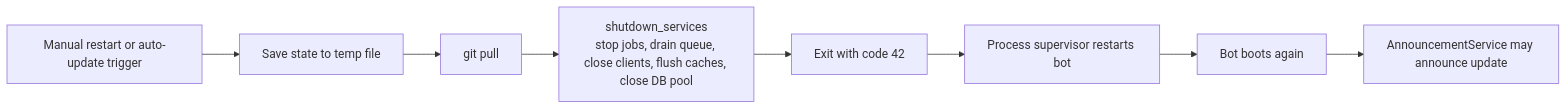
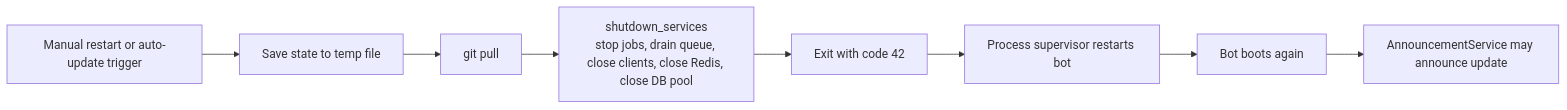
The diagram in docs/auto-update.md (jobeus/cmwgpt), drawn with Mermaid before and after one commit. The commit also changed other lines of this file and 37 other files, not shown here.

First line of the commit message:
feat(storage): keep user memory and content caches in Redis

````diff
--- a/docs/auto-update.md
+++ b/docs/auto-update.md
@@ -30,10 +30,10 @@
 ```mermaid
 flowchart LR
     Trigger[Manual restart or auto-update trigger] --> Save[Save state to temp file]
     Save --> Pull[git pull]
-    Pull --> Shutdown[shutdown_services<br/>stop jobs, drain queue, close clients, flush caches, close DB pool]
+    Pull --> Shutdown[shutdown_services<br/>stop jobs, drain queue, close clients, close Redis, close DB pool]
     Shutdown --> Exit[Exit with code 42]
     Exit --> Supervisor[Process supervisor restarts bot]
     Supervisor --> Boot[Bot boots again]
     Boot --> Announce[AnnouncementService may announce update]
 ```
````
